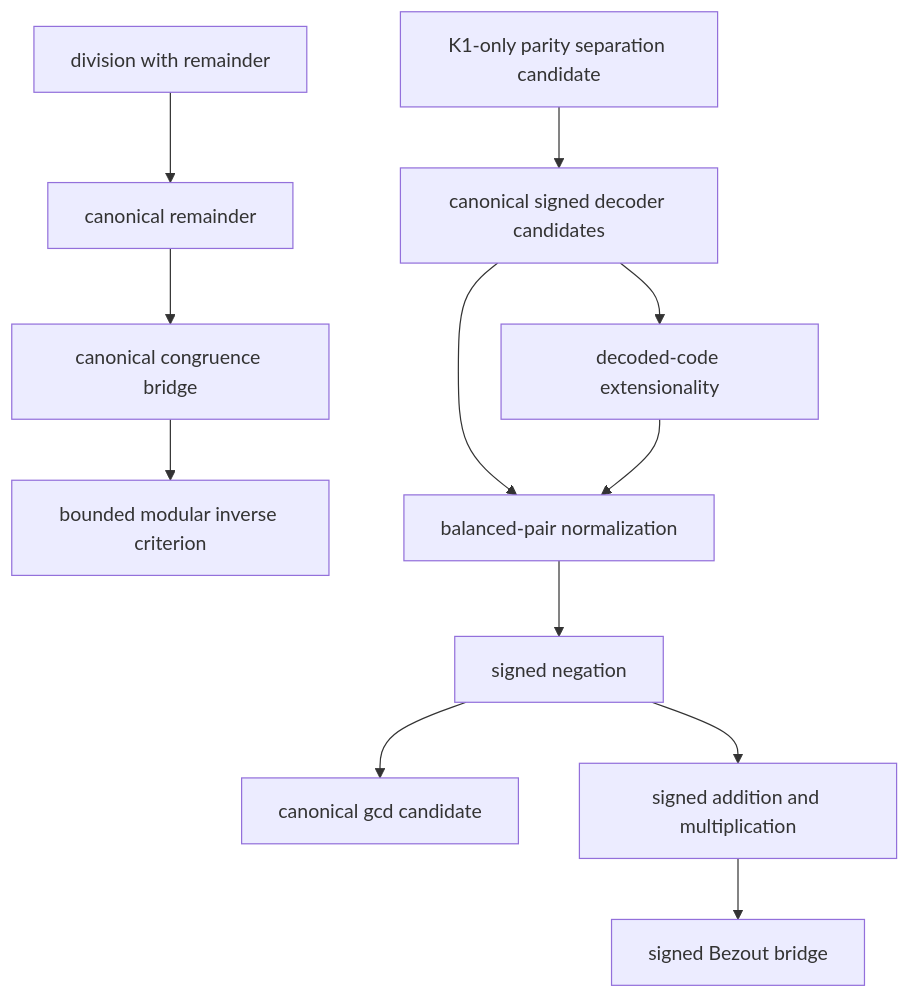
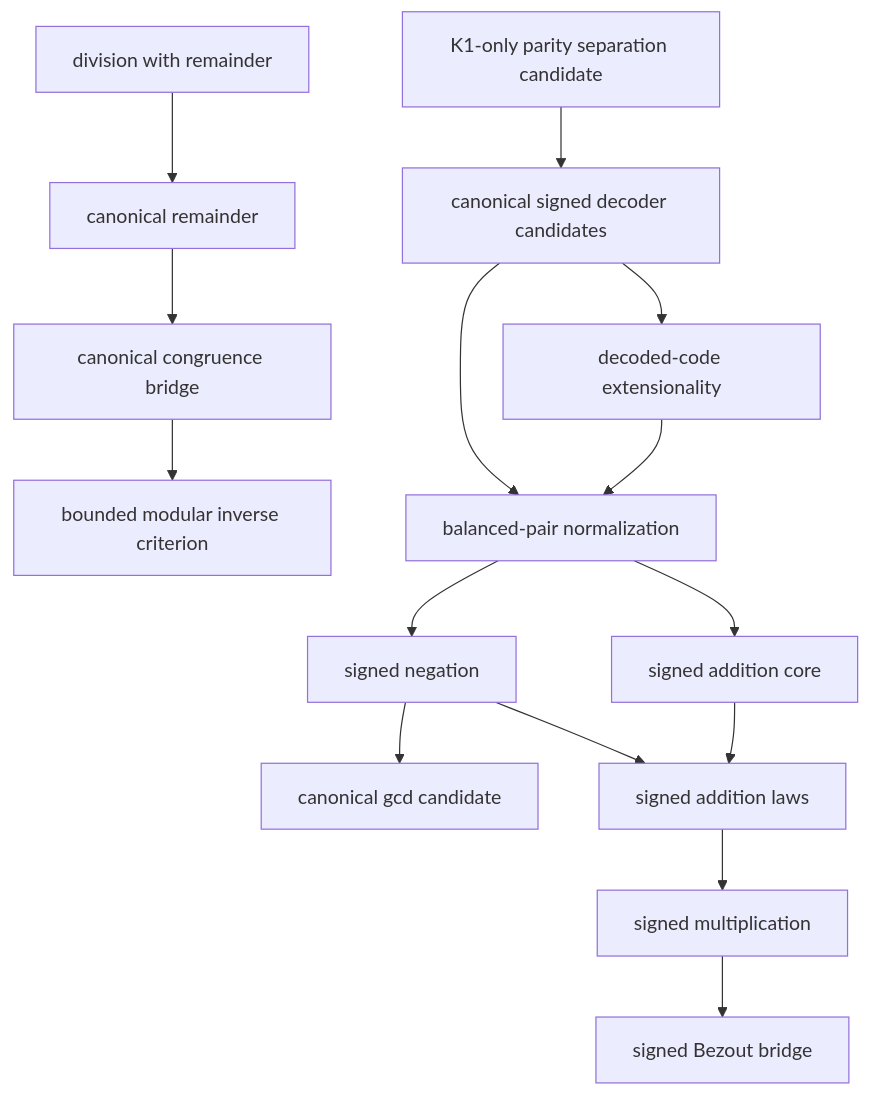
Before and after one commit to nasqret/vietnam2026: the diagram in vault/concepts/strict-ha-number-theory-campaign.md, drawn with Mermaid. The commit also changed other lines of this file and 12 other files, not shown here.

Commit message:
Close strict HA SignedAdd core

````diff
--- a/vault/concepts/strict-ha-number-theory-campaign.md
+++ b/vault/concepts/strict-ha-number-theory-campaign.md
@@ -31,14 +31,17 @@
 ```mermaid
 flowchart TD
   D[division with remainder] --> R[canonical remainder]
   R --> C[canonical congruence bridge]
   C --> I[bounded modular inverse criterion]
   G[relational IsGCD] --> CG[canonical gcd candidate]
   P[K1-only parity separation candidate] --> S[canonical signed decoder candidates]
   S --> E[decoded-code extensionality]
   S --> N[balanced-pair normalization]
   E --> N
   N --> G[signed negation]
-  G --> A[signed addition and multiplication]
-  A --> B[signed Bezout bridge]
+  N --> A[signed addition core]
+  G --> L[signed addition laws]
+  A --> L
+  L --> M[signed multiplication]
+  M --> B[signed Bezout bridge]
 ```
````
